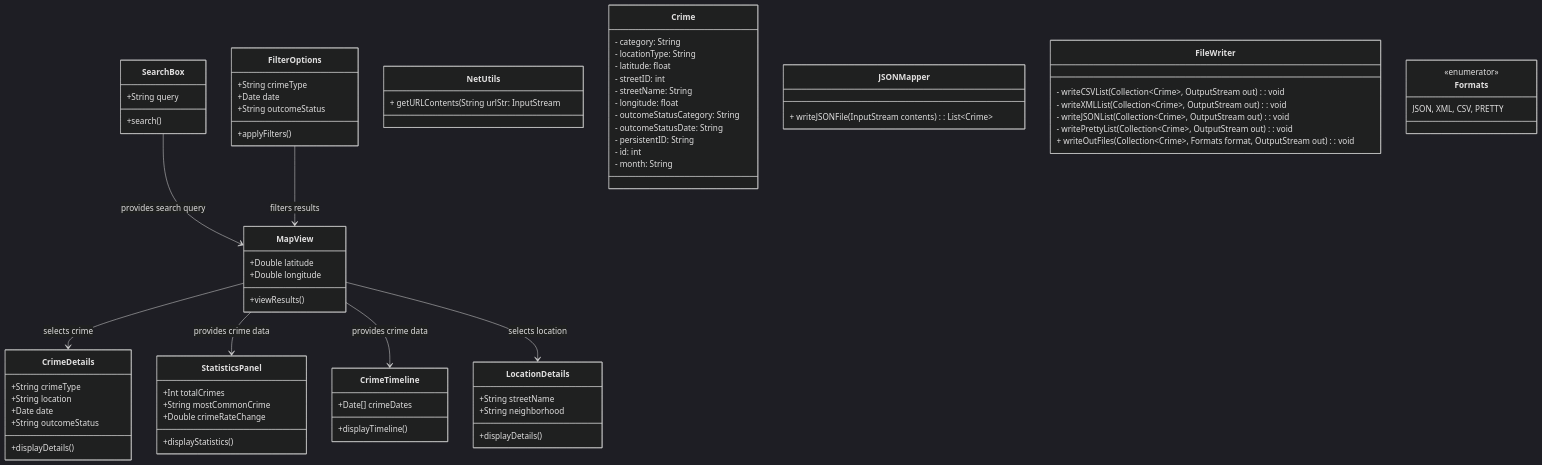
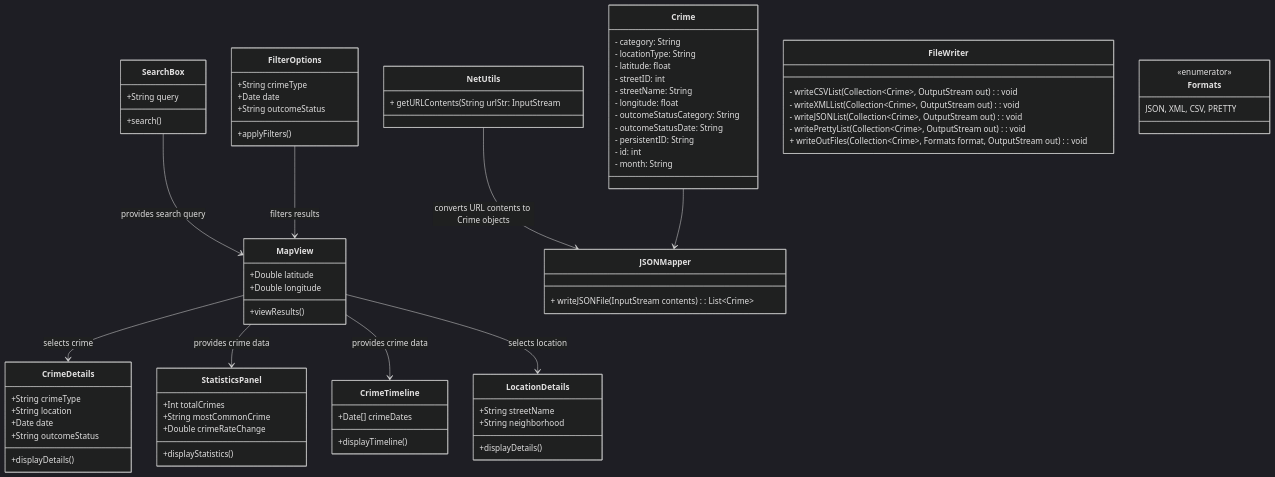
One commit to wbeeker/UK-Crime-Data changed the diagram in DesignDocuments/README.md. Above: the diagram before and after it, drawn with Mermaid (dark theme).

````diff
--- a/DesignDocuments/README.md
+++ b/DesignDocuments/README.md
@@ -27,77 +27,79 @@
 ```mermaid
 classDiagram
     class SearchBox {
         +String query
         +search()
     }
     class MapView {
         +Double latitude
         +Double longitude
         +viewResults()
     }
     class CrimeDetails {
         +String crimeType
         +String location
         +Date date
         +String outcomeStatus
         +displayDetails()
     }
     class FilterOptions {
         +String crimeType
         +Date date
         +String outcomeStatus
         +applyFilters()
     }
     class StatisticsPanel {
         +Int totalCrimes
         +String mostCommonCrime
         +Double crimeRateChange
         +displayStatistics()
     }
     class CrimeTimeline {
         +Date[] crimeDates
         +displayTimeline()
     }
     class LocationDetails {
         +String streetName
         +String neighborhood
         +displayDetails()
     }
     class NetUtils {
         + getURLContents(String urlStr: InputStream
     }
     class Crime {
         - category: String
         - locationType: String
         - latitude: float
         - streetID: int
         - streetName: String
         - longitude: float
         - outcomeStatusCategory: String
         - outcomeStatusDate: String
         - persistentID: String
         - id: int
         - month: String
     }
     class JSONMapper {
         + writeJSONFile(InputStream contents): List~Crime~
     }
     class FileWriter {
         - writeCSVList(Collection~Crime~, OutputStream out): void
         - writeXMLList(Collection~Crime~, OutputStream out): void
         - writeJSONList(Collection~Crime~, OutputStream out): void
         - writePrettyList(Collection~Crime~, OutputStream out): void
         + writeOutFiles(Collection~Crime~, Formats format, OutputStream out): void
     }
     class Formats {
     <<enumerator>>
     JSON, XML, CSV, PRETTY
     }
     SearchBox --> MapView : provides search query
     MapView --> CrimeDetails : selects crime
     FilterOptions --> MapView : filters results
     MapView --> StatisticsPanel : provides crime data
     MapView --> CrimeTimeline : provides crime data
     MapView --> LocationDetails : selects location
+    NetUtils --> JSONMapper : converts URL contents to Crime objects
+    Crime --> JSONMapper 
 
 ```
````
